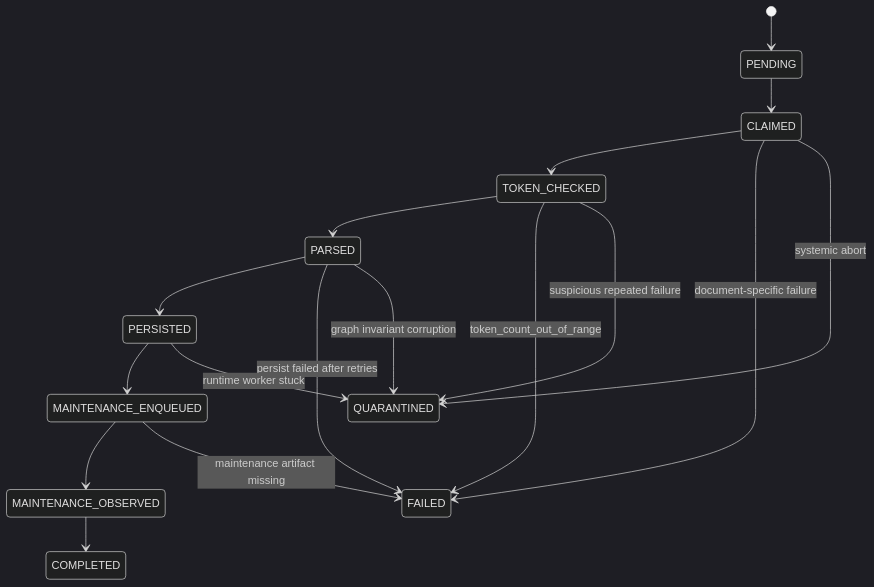
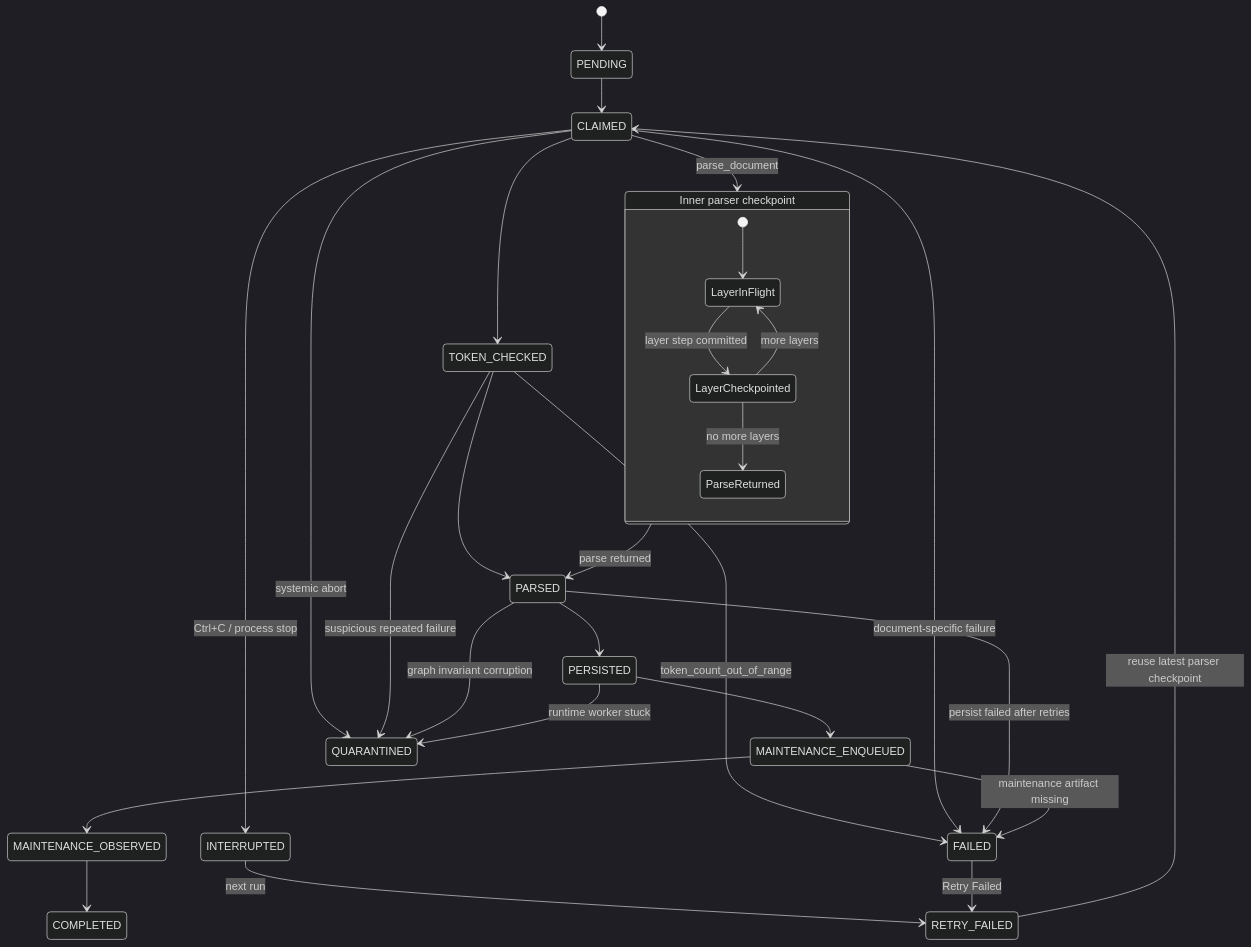
Diagram 18 of 18 in doc/diagrams.md (humblemat810/kogwistar-llm-wiki), drawn with Mermaid (dark theme) before and after one commit. The commit also changed other lines of this file and 18 other files, not shown here.

````diff
--- a/doc/diagrams.md
+++ b/doc/diagrams.md
@@ -534,21 +553,34 @@
 ```mermaid
 stateDiagram-v2
     [*] --> PENDING
     PENDING --> CLAIMED
     CLAIMED --> TOKEN_CHECKED
     TOKEN_CHECKED --> PARSED
     PARSED --> PERSISTED
     PERSISTED --> MAINTENANCE_ENQUEUED
     MAINTENANCE_ENQUEUED --> MAINTENANCE_OBSERVED
     MAINTENANCE_OBSERVED --> COMPLETED
 
+    state "Inner parser checkpoint" as INNER {
+        [*] --> LayerInFlight
+        LayerInFlight --> LayerCheckpointed: layer step committed
+        LayerCheckpointed --> LayerInFlight: more layers
+        LayerCheckpointed --> ParseReturned: no more layers
+    }
+    CLAIMED --> INNER: parse_document
+    INNER --> PARSED: parse returned
+
     TOKEN_CHECKED --> FAILED: token_count_out_of_range
     CLAIMED --> FAILED: document-specific failure
     PARSED --> FAILED: persist failed after retries
     MAINTENANCE_ENQUEUED --> FAILED: maintenance artifact missing
 
     CLAIMED --> QUARANTINED: systemic abort
     TOKEN_CHECKED --> QUARANTINED: suspicious repeated failure
     PARSED --> QUARANTINED: graph invariant corruption
     PERSISTED --> QUARANTINED: runtime worker stuck
+    CLAIMED --> INTERRUPTED: Ctrl+C / process stop
+    INTERRUPTED --> RETRY_FAILED: next run
+    FAILED --> RETRY_FAILED: Retry Failed
+    RETRY_FAILED --> CLAIMED: reuse latest parser checkpoint
 ```
````
